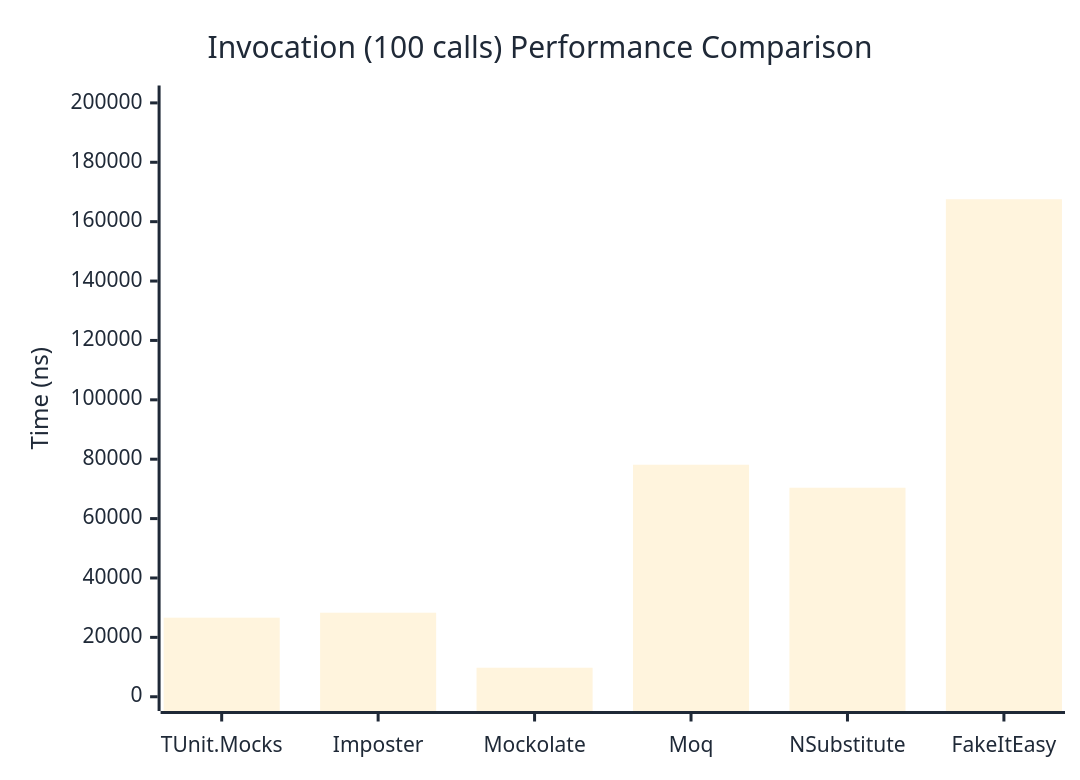
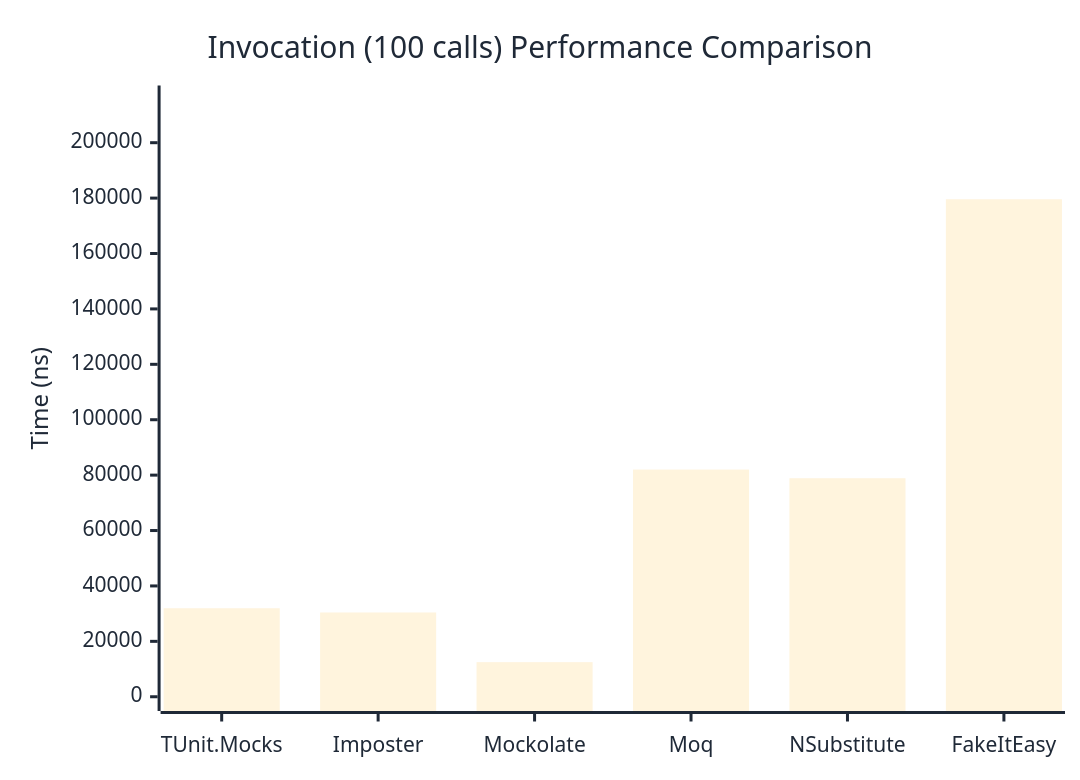
The third of 3 diagrams in docs/docs/benchmarks/mocks/Invocation.md (thomhurst/TUnit), drawn with Mermaid before and after one commit. The commit also changed other lines of this file and 14 other files, not shown here.

````diff
--- a/docs/docs/benchmarks/mocks/Invocation.md
+++ b/docs/docs/benchmarks/mocks/Invocation.md
@@ -112,27 +112,27 @@
 ```mermaid
 %%{init: {
   'theme':'base',
   'themeVariables': {
     'primaryColor': '#2563eb',
     'primaryTextColor': '#1f2937',
     'primaryBorderColor': '#1e40af',
     'lineColor': '#6b7280',
     'secondaryColor': '#7c3aed',
     'tertiaryColor': '#dc2626',
     'background': '#ffffff',
     'pie1': '#2563eb',
     'pie2': '#7c3aed',
     'pie3': '#dc2626',
     'pie4': '#f59e0b',
     'pie5': '#10b981',
     'pie6': '#06b6d4',
     'pie7': '#ec4899',
     'pie8': '#6366f1'
   }
 }}%%
 xychart-beta
   title "Invocation (100 calls) Performance Comparison"
   x-axis ["TUnit.Mocks", "Imposter", "Mockolate", "Moq", "NSubstitute", "FakeItEasy"]
-  y-axis "Time (ns)" 0 --> 201059
-  bar [26628.19, 28306.83, 9770.83, 78136.61, 70390.27, 167548.56]
+  y-axis "Time (ns)" 0 --> 215504
+  bar [31947, 30420.7, 12490.4, 82006.8, 78883, 179586]
 ```
````
